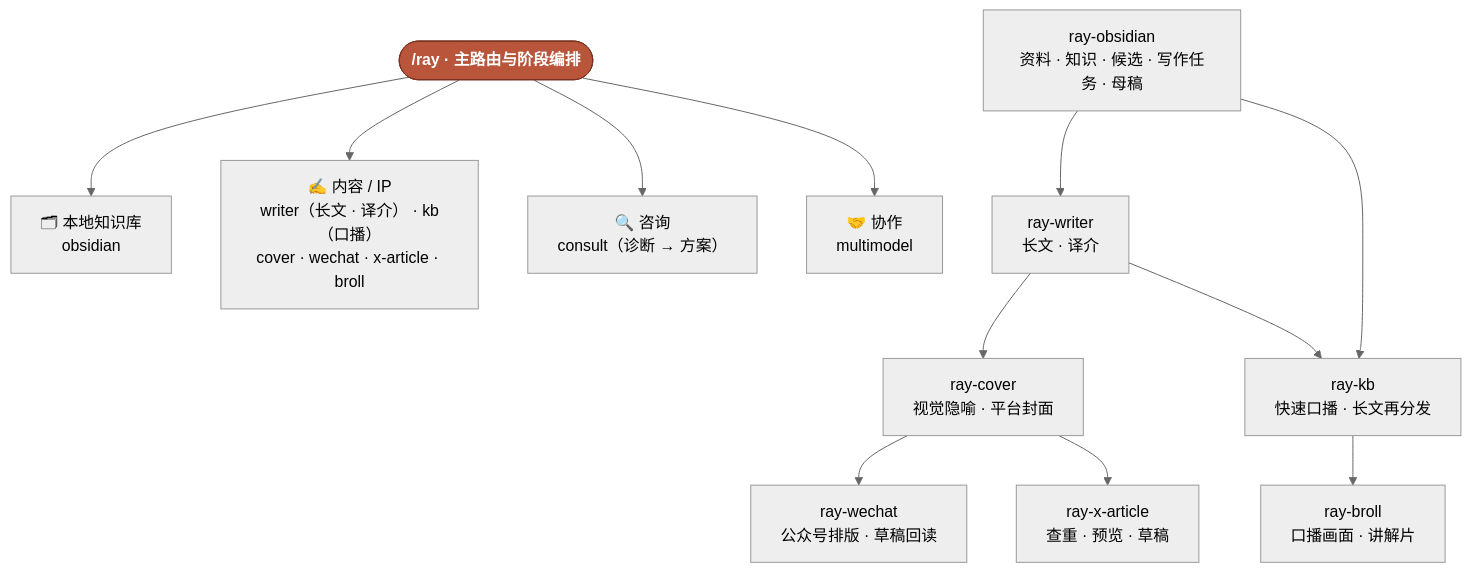
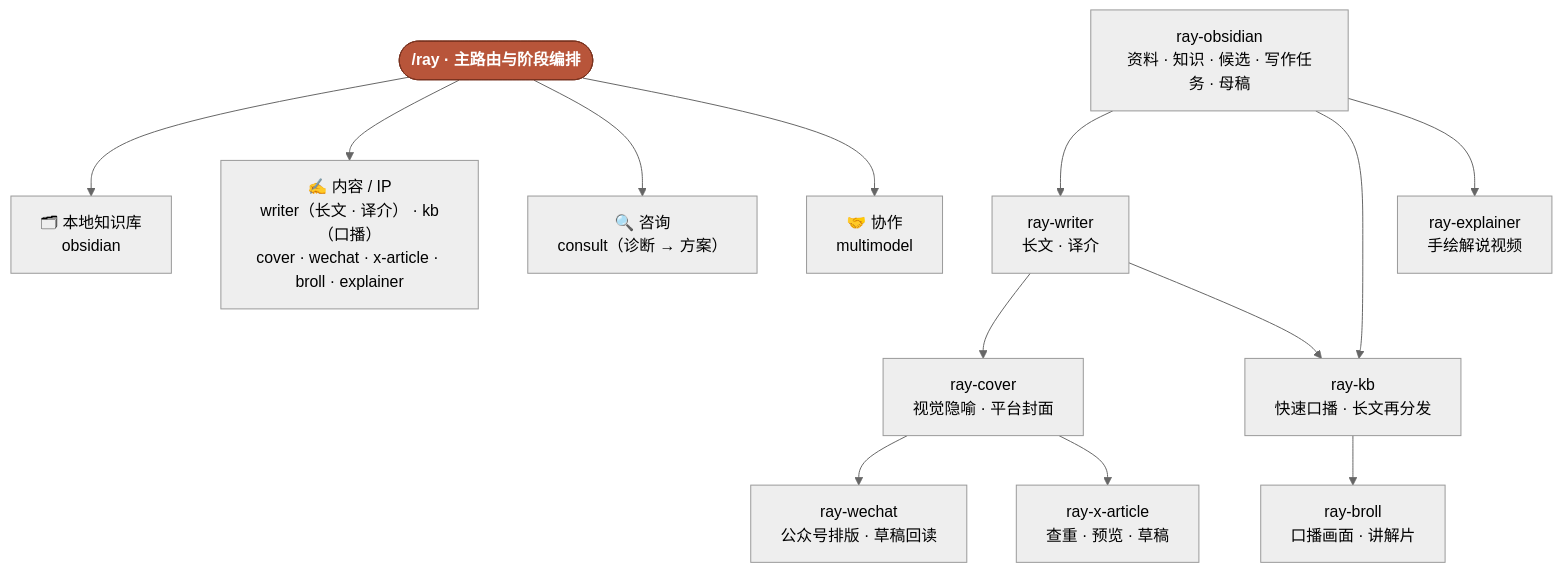
Before and after one commit to imraywang/rayskills: the diagram in README.md, drawn with Mermaid (neutral theme). The commit also changed other lines of this file and 16 other files, not shown here.

First line of the commit message:
ray-explainer: 新增 JS + Canvas 手绘解说视频 skill

````diff
--- a/README.md
+++ b/README.md
@@ -71,19 +72,20 @@
 ```mermaid
 flowchart TD
     RAY(["/ray · 主路由与阶段编排"]):::hub
 
     RAY --> KNOWLEDGE["🗂 本地知识库<br/>obsidian"]
-    RAY --> CONTENT["✍️ 内容 / IP<br/>writer（长文 · 译介） · kb（口播）<br/>cover · wechat · x-article · broll"]
+    RAY --> CONTENT["✍️ 内容 / IP<br/>writer（长文 · 译介） · kb（口播）<br/>cover · wechat · x-article · broll · explainer"]
     RAY --> CONSULT["🔍 咨询<br/>consult（诊断 → 方案）"]
     RAY --> COLLAB["🤝 协作<br/>multimodel"]
 
     OBSIDIAN["ray-obsidian<br/>资料 · 知识 · 候选 · 写作任务 · 母稿"] --> WRITER["ray-writer<br/>长文 · 译介"]
     WRITER --> COVER["ray-cover<br/>视觉隐喻 · 平台封面"]
     OBSIDIAN --> KB["ray-kb<br/>快速口播 · 长文再分发"]
     WRITER --> KB
     KB --> BROLL["ray-broll<br/>口播画面 · 讲解片"]
+    OBSIDIAN --> EXPLAINER["ray-explainer<br/>手绘解说视频"]
     COVER --> WECHAT["ray-wechat<br/>公众号排版 · 草稿回读"]
     COVER --> XARTICLE["ray-x-article<br/>查重 · 预览 · 草稿"]
 
     classDef hub fill:#b8553a,stroke:#7a3320,color:#fff,font-weight:bold;
 ```
````
